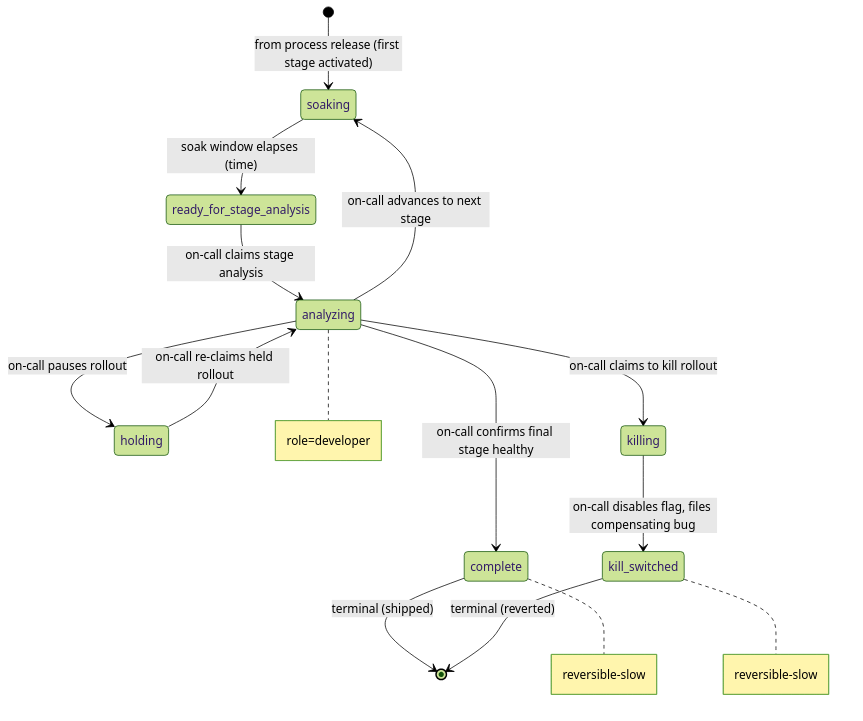
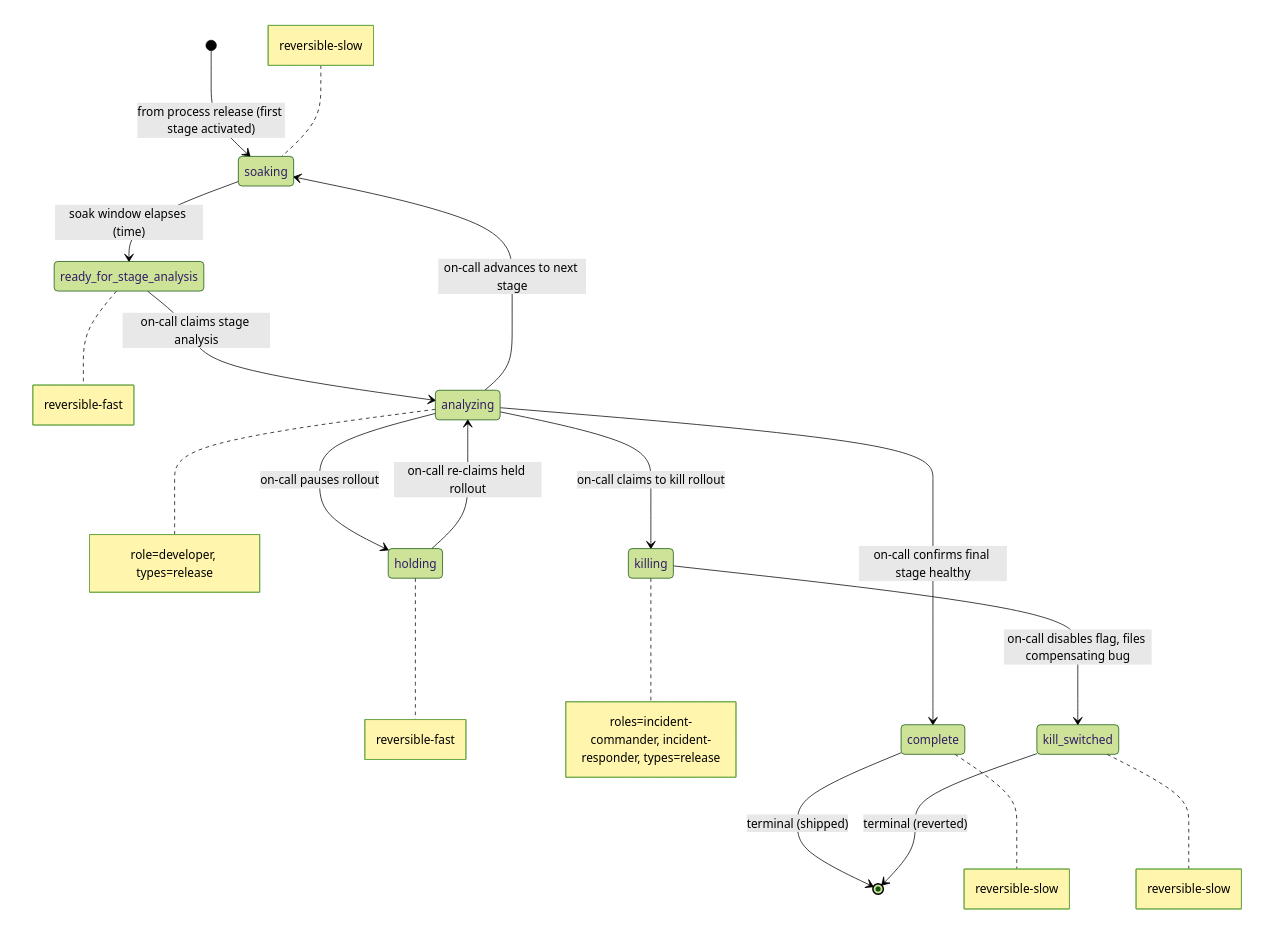
Before and after one commit to blemees/blemees-workflow: the diagram in examples/workflows/progressive-rollout.md, drawn with Mermaid (forest theme). The commit also changed other lines of this file and 41 other files, not shown here.

````diff
--- a/examples/workflows/progressive-rollout.md
+++ b/examples/workflows/progressive-rollout.md
@@ -7,22 +11,26 @@
 ```mermaid
 stateDiagram-v2
     %% Cross-process interfaces:
     %%   Entry (spawn ): soaking from process release
     %%
 
     [*] --> soaking: from process release (first stage activated)
     soaking --> ready_for_stage_analysis: soak window elapses (time)
     ready_for_stage_analysis --> analyzing: on-call claims stage analysis
     analyzing --> soaking: on-call advances to next stage
     analyzing --> complete: on-call confirms final stage healthy
     analyzing --> holding: on-call pauses rollout
     analyzing --> killing: on-call claims to kill rollout
     holding --> analyzing: on-call re-claims held rollout
     killing --> kill_switched: on-call disables flag, files compensating bug
     complete --> [*]: terminal (shipped)
     kill_switched --> [*]: terminal (reverted)
 
-    note right of analyzing: role=developer
+    note left of soaking: reversible-slow
+    note right of ready_for_stage_analysis: reversible-fast
+    note right of analyzing: role=developer, types=release
+    note right of holding: reversible-fast
+    note right of killing: roles=incident-commander, incident-responder, types=release
     note right of complete: reversible-slow
     note right of kill_switched: reversible-slow
 ```
````
